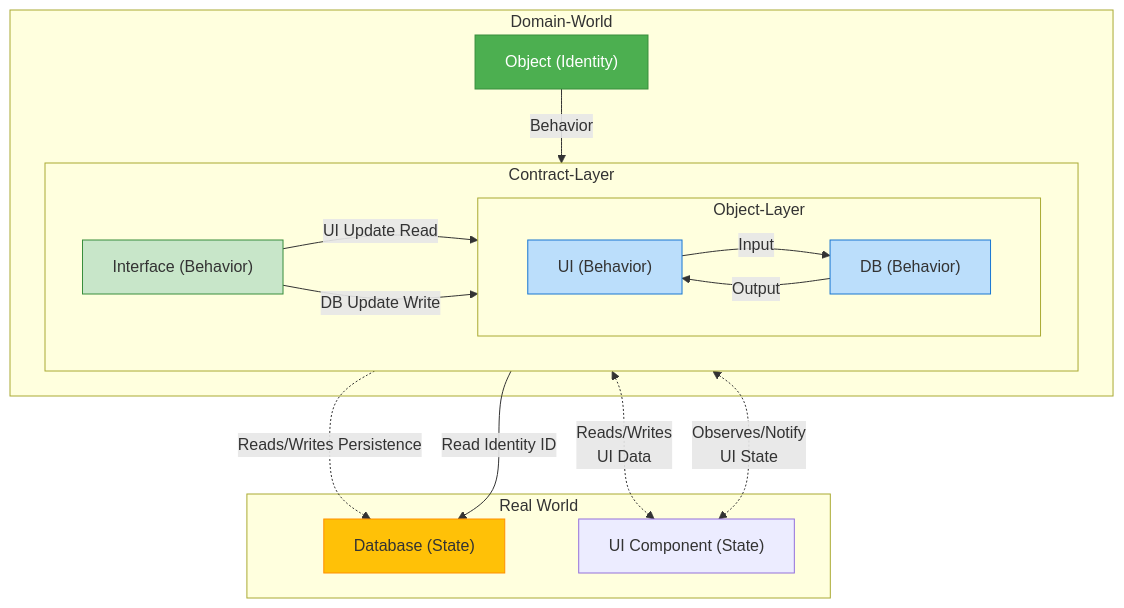
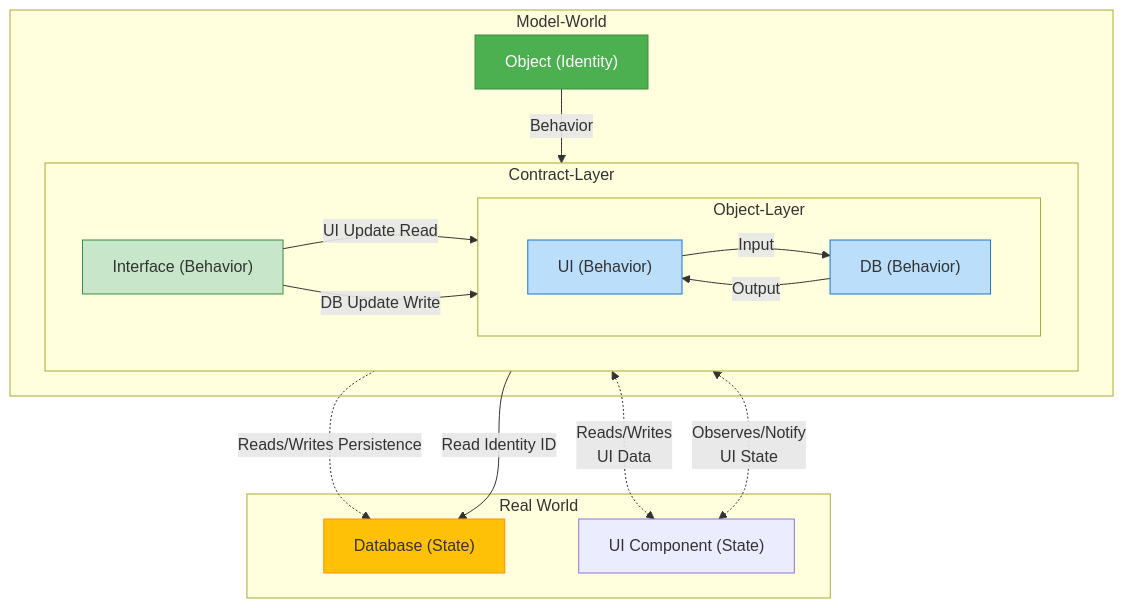
The diagram in blog/003_oop_immutable_object.md (andreas-wagner-dev/object-oriented-learning-journey), drawn with Mermaid before and after one commit.

````diff
--- a/blog/003_oop_immutable_object.md
+++ b/blog/003_oop_immutable_object.md
@@ -8,58 +8,58 @@
 ```mermaid
 %% Diagram 3: Simplified Flow of Data Animation and Behavior Delegation
 graph TB
     %% 1. Immutable Domain Object 
-    subgraph Domain-World
+    subgraph Model-World
 
         A["Object (Identity)"]
         style A fill:#4CAF50,stroke:#388E3C,color:#fff
 
         %% 2. The Contract and Behavior Delegation
         subgraph Contract-Layer
         direction LR
             B["Interface (Behavior)"]
             style B fill:#C8E6C9,stroke:#388E3C
         
             %% 3. Technical Object Layers<br/>(Real World Interface)
             subgraph Object-Layer
              direction LR
                 C["UI (Behavior)"]
                 D["DB (Behavior)"]
 
                 style C fill:#BBDEFB,stroke:#1976D2
                 style D fill:#BBDEFB,stroke:#1976D2
             
                 %% Internal interface communication.
             
    
 
             end
 
         end
 
     end
 
     %% 4. The Real Mutable Data Storage
     subgraph Real World
         F["Database (State)"]
         style F fill:#FFC107,stroke:#FF8F00
 
         C <-.->|Reads/Writes<br/>UI Data| E["UI Component (State)"]
         C <-.->|Observes/Notify<br/>UI State| E
         D -.->|Reads/Writes Persistence| F
     end
     
     %% The Immutable Object holds the key and delegates all work to the interface.
 
 
     A -- Behavior --> B
     D -- Read Identity ID --> F
 
     %% The Interface is implemented by the technical components.
 
     B -- UI Update Read --> C
     B -- DB Update Write --> D
 
    C -- Input --> D
    D -- Output --> C
 ```
````
